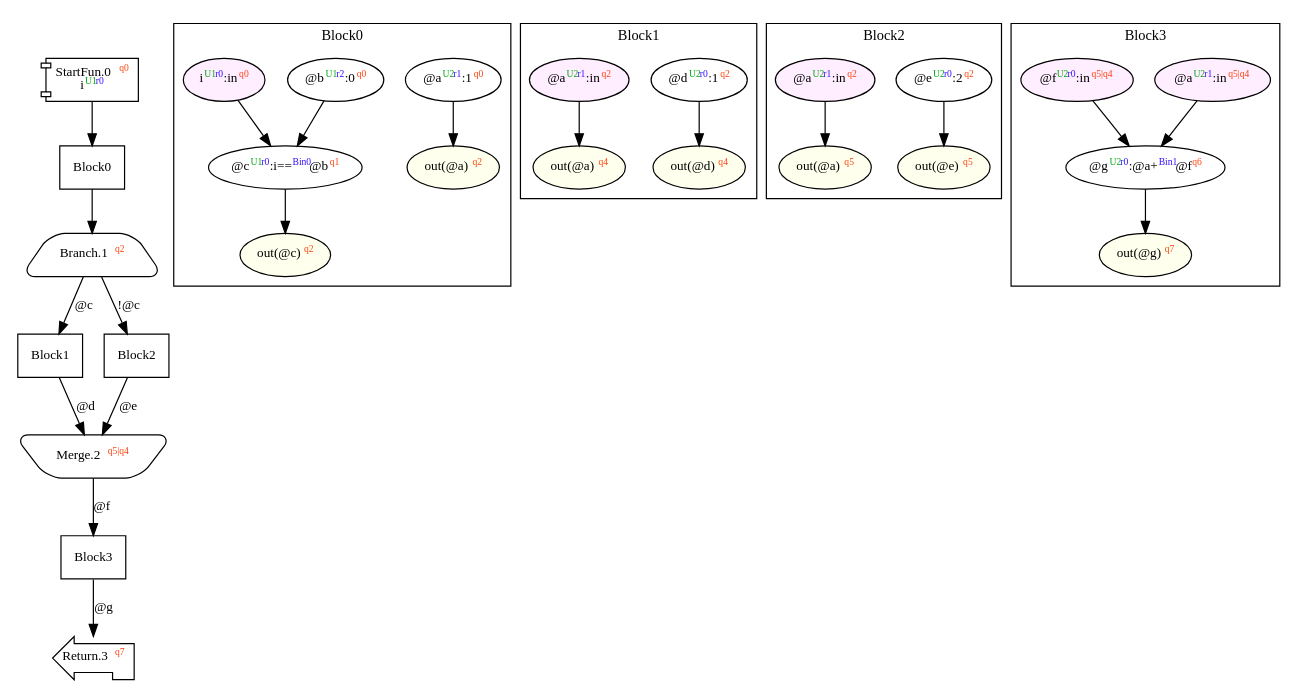
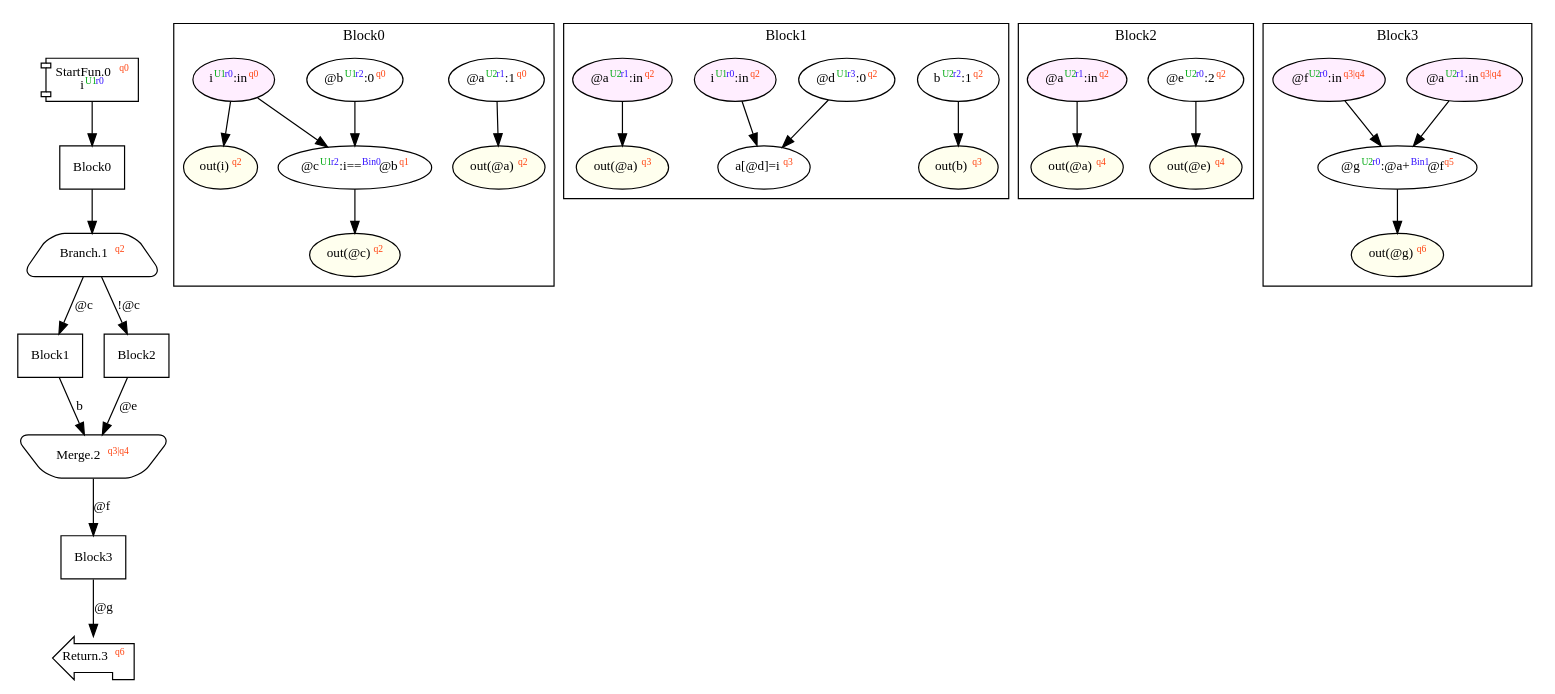
The diagram in dist/complexIf.dot (akouryy/SyntheScala), drawn with Graphviz before and after one commit. The commit also changed 30 other files, not shown here.

Commit message:
Fix Jump.Merge bug, etc.

```diff
--- a/dist/complexIf.dot
+++ b/dist/complexIf.dot
@@ -1,69 +1,76 @@
 digraph Program_ {
   graph [fontname = "Monaco", fontsize = 12, ranksep = 0.5];
   node [shape = box, fontname = "Monaco", fontsize = 11; colorscheme = pastel19];
   edge [fontname = "Monaco", fontsize = 11; colorscheme = pastel19];
   Jump0[label = <StartFun.0<font color="#ff4411" point-size="8"><sup>q0</sup></font><br/>i<font color="#00aa11" point-size="8"><sup>U1</sup></font><font color="#3311ff" point-size="8"><sup>r0</sup></font>>; shape = component];
   Jump0 -> Block0;
   Jump1[
     label = <Branch.1<font color="#ff4411" point-size="8"><sup>q2</sup></font>>;
     shape = trapezium; style = rounded;
   ];
   Block0 -> Jump1;
   Jump1 -> Block1 [label="@c"];
   Jump1 -> Block2 [label="!@c"];
-  Jump2[label = <Merge.2<font color="#ff4411" point-size="8"><sup>q5|q4</sup></font>>; shape = invtrapezium; style = rounded];
-  Block1 -> Jump2 [label="@d"];
+  Jump2[label = <Merge.2<font color="#ff4411" point-size="8"><sup>q3|q4</sup></font>>; shape = invtrapezium; style = rounded];
+  Block1 -> Jump2 [label="b"];
   Block2 -> Jump2 [label="@e"];
   Jump2 -> Block3 [label="@f"];
-  Jump3[label = <Return.3<font color="#ff4411" point-size="8"><sup>q7</sup></font>>; shape = lpromoter];
+  Jump3[label = <Return.3<font color="#ff4411" point-size="8"><sup>q6</sup></font>>; shape = lpromoter];
   Block3 -> Jump3 [label="@g"];
   Block0 [label = "Block0"];
   Block1 [label = "Block1"];
   Block2 [label = "Block2"];
   Block3 [label = "Block3"];
   subgraph cluster_dfg_Block0 {
     node [shape = oval];
     label = "Block0";
     0 [label=<@a<font color="#00aa11" point-size="8"><sup>U2</sup></font><font color="#3311ff" point-size="8"><sup>r1</sup></font>:1<font color="#ff4411" point-size="8"><sup>q0</sup></font>>; ];
+    20 [label=<out(i)<font color="#ff4411" point-size="8"><sup>q2</sup></font>>; style="filled"; fillcolor="#ffffee";];
     1 [label=<@b<font color="#00aa11" point-size="8"><sup>U1</sup></font><font color="#3311ff" point-size="8"><sup>r2</sup></font>:0<font color="#ff4411" point-size="8"><sup>q0</sup></font>>; ];
-    2 [label=<@c<font color="#00aa11" point-size="8"><sup>U1</sup></font><font color="#3311ff" point-size="8"><sup>r0</sup></font>:i==<font color="#3311ff" point-size="8"><sup>Bin0</sup></font>@b<font color="#ff4411" point-size="8"><sup>q1</sup></font>>; ];
-    17 [label=<out(@c)<font color="#ff4411" point-size="8"><sup>q2</sup></font>>; style="filled"; fillcolor="#ffffee";];
-    16 [label=<out(@a)<font color="#ff4411" point-size="8"><sup>q2</sup></font>>; style="filled"; fillcolor="#ffffee";];
-    15 [label=<i<font color="#00aa11" point-size="8"><sup>U1</sup></font><font color="#3311ff" point-size="8"><sup>r0</sup></font>:in<font color="#ff4411" point-size="8"><sup>q0</sup></font>>; style="filled"; fillcolor="#ffeeff";];
-    0 -> 16;
+    21 [label=<out(@c)<font color="#ff4411" point-size="8"><sup>q2</sup></font>>; style="filled"; fillcolor="#ffffee";];
+    2 [label=<@c<font color="#00aa11" point-size="8"><sup>U1</sup></font><font color="#3311ff" point-size="8"><sup>r2</sup></font>:i==<font color="#3311ff" point-size="8"><sup>Bin0</sup></font>@b<font color="#ff4411" point-size="8"><sup>q1</sup></font>>; ];
+    18 [label=<i<font color="#00aa11" point-size="8"><sup>U1</sup></font><font color="#3311ff" point-size="8"><sup>r0</sup></font>:in<font color="#ff4411" point-size="8"><sup>q0</sup></font>>; style="filled"; fillcolor="#ffeeff";];
+    19 [label=<out(@a)<font color="#ff4411" point-size="8"><sup>q2</sup></font>>; style="filled"; fillcolor="#ffffee";];
+    0 -> 19;
     1 -> 2;
-    2 -> 17;
-    15 -> 2;
+    2 -> 21;
+    18 -> 2;
+    18 -> 20;
   }
   subgraph cluster_dfg_Block1 {
     node [shape = oval];
     label = "Block1";
-    3 [label=<@d<font color="#00aa11" point-size="8"><sup>U2</sup></font><font color="#3311ff" point-size="8"><sup>r0</sup></font>:1<font color="#ff4411" point-size="8"><sup>q2</sup></font>>; ];
-    9 [label=<@a<font color="#00aa11" point-size="8"><sup>U2</sup></font><font color="#3311ff" point-size="8"><sup>r1</sup></font>:in<font color="#ff4411" point-size="8"><sup>q2</sup></font>>; style="filled"; fillcolor="#ffeeff";];
-    10 [label=<out(@a)<font color="#ff4411" point-size="8"><sup>q4</sup></font>>; style="filled"; fillcolor="#ffffee";];
-    11 [label=<out(@d)<font color="#ff4411" point-size="8"><sup>q4</sup></font>>; style="filled"; fillcolor="#ffffee";];
-    3 -> 11;
-    9 -> 10;
+    5 [label=<a[@d]=i<font color="#ff4411" point-size="8"><sup>q3</sup></font>>; ];
+    14 [label=<out(b)<font color="#ff4411" point-size="8"><sup>q3</sup></font>>; style="filled"; fillcolor="#ffffee";];
+    13 [label=<out(@a)<font color="#ff4411" point-size="8"><sup>q3</sup></font>>; style="filled"; fillcolor="#ffffee";];
+    12 [label=<i<font color="#00aa11" point-size="8"><sup>U1</sup></font><font color="#3311ff" point-size="8"><sup>r0</sup></font>:in<font color="#ff4411" point-size="8"><sup>q2</sup></font>>; style="filled"; fillcolor="#ffeeff";];
+    3 [label=<b<font color="#00aa11" point-size="8"><sup>U2</sup></font><font color="#3311ff" point-size="8"><sup>r2</sup></font>:1<font color="#ff4411" point-size="8"><sup>q2</sup></font>>; ];
+    11 [label=<@a<font color="#00aa11" point-size="8"><sup>U2</sup></font><font color="#3311ff" point-size="8"><sup>r1</sup></font>:in<font color="#ff4411" point-size="8"><sup>q2</sup></font>>; style="filled"; fillcolor="#ffeeff";];
+    4 [label=<@d<font color="#00aa11" point-size="8"><sup>U1</sup></font><font color="#3311ff" point-size="8"><sup>r3</sup></font>:0<font color="#ff4411" point-size="8"><sup>q2</sup></font>>; ];
+    3 -> 14;
+    4 -> 5;
+    11 -> 13;
+    12 -> 5;
   }
   subgraph cluster_dfg_Block2 {
     node [shape = oval];
     label = "Block2";
-    4 [label=<@e<font color="#00aa11" point-size="8"><sup>U2</sup></font><font color="#3311ff" point-size="8"><sup>r0</sup></font>:2<font color="#ff4411" point-size="8"><sup>q2</sup></font>>; ];
-    12 [label=<@a<font color="#00aa11" point-size="8"><sup>U2</sup></font><font color="#3311ff" point-size="8"><sup>r1</sup></font>:in<font color="#ff4411" point-size="8"><sup>q2</sup></font>>; style="filled"; fillcolor="#ffeeff";];
-    13 [label=<out(@a)<font color="#ff4411" point-size="8"><sup>q5</sup></font>>; style="filled"; fillcolor="#ffffee";];
-    14 [label=<out(@e)<font color="#ff4411" point-size="8"><sup>q5</sup></font>>; style="filled"; fillcolor="#ffffee";];
-    4 -> 14;
-    12 -> 13;
+    6 [label=<@e<font color="#00aa11" point-size="8"><sup>U2</sup></font><font color="#3311ff" point-size="8"><sup>r0</sup></font>:2<font color="#ff4411" point-size="8"><sup>q2</sup></font>>; ];
+    15 [label=<@a<font color="#00aa11" point-size="8"><sup>U2</sup></font><font color="#3311ff" point-size="8"><sup>r1</sup></font>:in<font color="#ff4411" point-size="8"><sup>q2</sup></font>>; style="filled"; fillcolor="#ffeeff";];
+    16 [label=<out(@a)<font color="#ff4411" point-size="8"><sup>q4</sup></font>>; style="filled"; fillcolor="#ffffee";];
+    17 [label=<out(@e)<font color="#ff4411" point-size="8"><sup>q4</sup></font>>; style="filled"; fillcolor="#ffffee";];
+    6 -> 17;
+    15 -> 16;
   }
   subgraph cluster_dfg_Block3 {
     node [shape = oval];
     label = "Block3";
-    5 [label=<@g<font color="#00aa11" point-size="8"><sup>U2</sup></font><font color="#3311ff" point-size="8"><sup>r0</sup></font>:@a+<font color="#3311ff" point-size="8"><sup>Bin1</sup></font>@f<font color="#ff4411" point-size="8"><sup>q6</sup></font>>; ];
-    6 [label=<@a<font color="#00aa11" point-size="8"><sup>U2</sup></font><font color="#3311ff" point-size="8"><sup>r1</sup></font>:in<font color="#ff4411" point-size="8"><sup>q5|q4</sup></font>>; style="filled"; fillcolor="#ffeeff";];
-    7 [label=<@f<font color="#00aa11" point-size="8"><sup>U2</sup></font><font color="#3311ff" point-size="8"><sup>r0</sup></font>:in<font color="#ff4411" point-size="8"><sup>q5|q4</sup></font>>; style="filled"; fillcolor="#ffeeff";];
-    8 [label=<out(@g)<font color="#ff4411" point-size="8"><sup>q7</sup></font>>; style="filled"; fillcolor="#ffffee";];
-    5 -> 8;
-    6 -> 5;
-    7 -> 5;
+    7 [label=<@g<font color="#00aa11" point-size="8"><sup>U2</sup></font><font color="#3311ff" point-size="8"><sup>r0</sup></font>:@a+<font color="#3311ff" point-size="8"><sup>Bin1</sup></font>@f<font color="#ff4411" point-size="8"><sup>q5</sup></font>>; ];
+    8 [label=<@a<font color="#00aa11" point-size="8"><sup>U2</sup></font><font color="#3311ff" point-size="8"><sup>r1</sup></font>:in<font color="#ff4411" point-size="8"><sup>q3|q4</sup></font>>; style="filled"; fillcolor="#ffeeff";];
+    9 [label=<@f<font color="#00aa11" point-size="8"><sup>U2</sup></font><font color="#3311ff" point-size="8"><sup>r0</sup></font>:in<font color="#ff4411" point-size="8"><sup>q3|q4</sup></font>>; style="filled"; fillcolor="#ffeeff";];
+    10 [label=<out(@g)<font color="#ff4411" point-size="8"><sup>q6</sup></font>>; style="filled"; fillcolor="#ffffee";];
+    7 -> 10;
+    8 -> 7;
+    9 -> 7;
   }
 }
```
